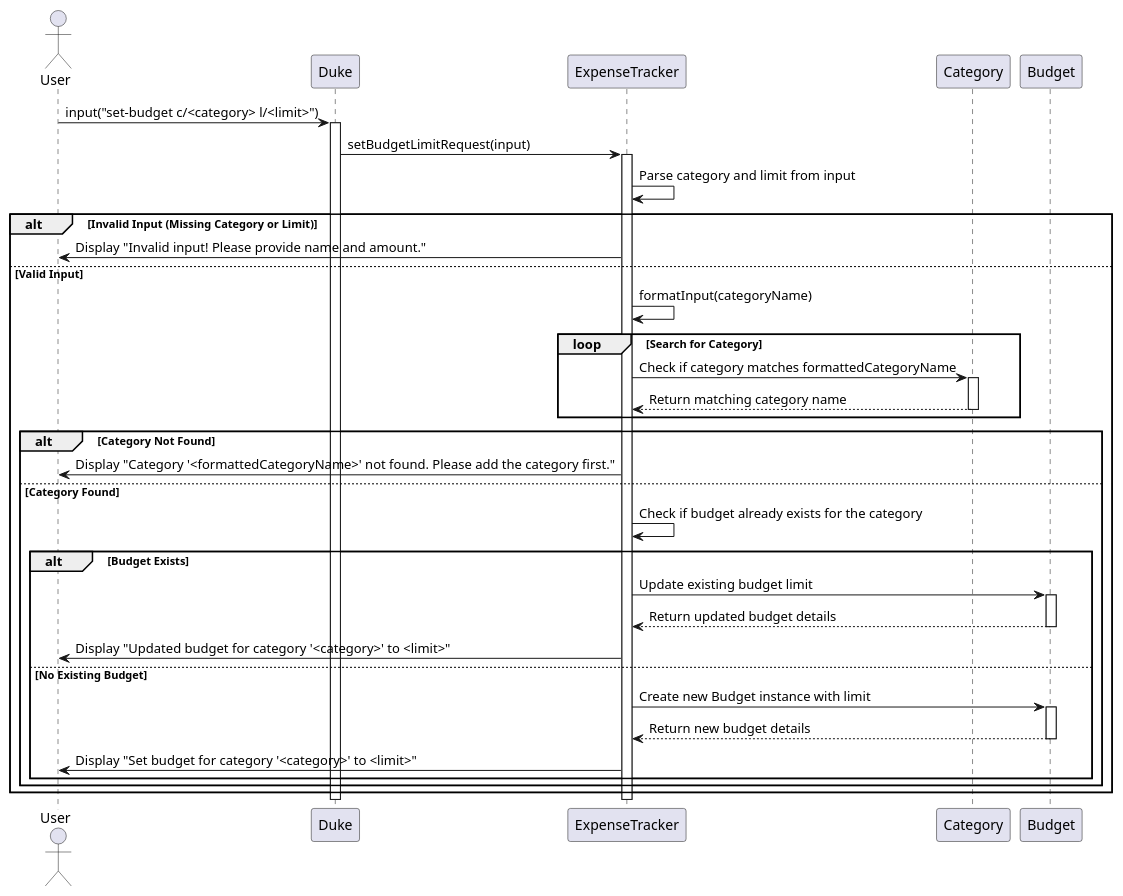
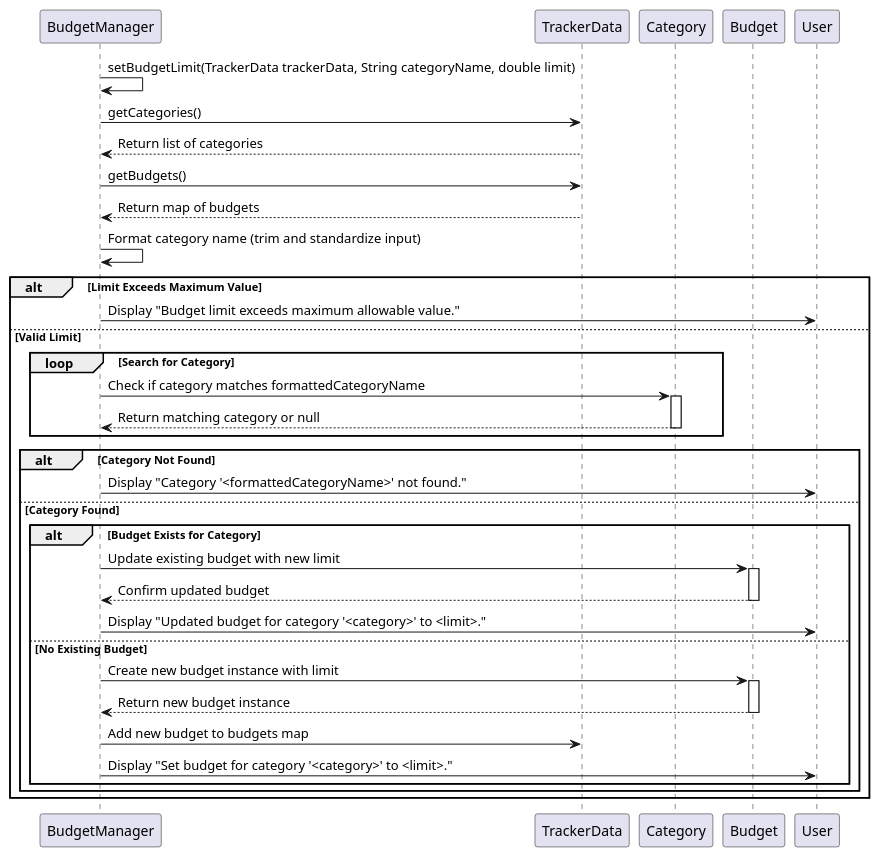
One commit to nus-cs2113-AY2425S1/tp changed the diagram in docs/diagrams/SetBudget.puml. Above: the diagram before and after it, drawn with PlantUML. The commit also changed 7 other files, not shown here.

Commit message:
updated uml diagrams for add expense, add category, view  budget, and set budget limit (not sure about request here, but will look into it)

```diff
--- a/docs/diagrams/SetBudget.puml
+++ b/docs/diagrams/SetBudget.puml
@@ -1,52 +1,48 @@
 @startuml
 
-actor User
-participant Duke
-participant ExpenseTracker
+participant BudgetManager
+participant TrackerData
 participant Category
 participant Budget
 
-User -> Duke : input("set-budget c/<category> l/<limit>")
-activate Duke
+BudgetManager -> BudgetManager : setBudgetLimit(TrackerData trackerData, String categoryName, double limit)
 
-Duke -> ExpenseTracker : setBudgetLimitRequest(input)
-activate ExpenseTracker
+BudgetManager -> TrackerData : getCategories()
+TrackerData --> BudgetManager : Return list of categories
 
-ExpenseTracker -> ExpenseTracker : Parse category and limit from input
+BudgetManager -> TrackerData : getBudgets()
+TrackerData --> BudgetManager : Return map of budgets
 
-alt Invalid Input (Missing Category or Limit)
-    ExpenseTracker -> User : Display "Invalid input! Please provide name and amount."
-else Valid Input
-    ExpenseTracker -> ExpenseTracker : formatInput(categoryName)
+BudgetManager -> BudgetManager : Format category name (trim and standardize input)
 
+alt Limit Exceeds Maximum Value
+    BudgetManager -> User : Display "Budget limit exceeds maximum allowable value."
+else Valid Limit
     loop Search for Category
-        ExpenseTracker -> Category : Check if category matches formattedCategoryName
+        BudgetManager -> Category : Check if category matches formattedCategoryName
         activate Category
-        Category --> ExpenseTracker : Return matching category name
+        Category --> BudgetManager : Return matching category or null
         deactivate Category
     end
 
     alt Category Not Found
-        ExpenseTracker -> User : Display "Category '<formattedCategoryName>' not found. Please add the category first."
+        BudgetManager -> User : Display "Category '<formattedCategoryName>' not found."
     else Category Found
-        ExpenseTracker -> ExpenseTracker : Check if budget already exists for the category
-
-        alt Budget Exists
-            ExpenseTracker -> Budget : Update existing budget limit
+        alt Budget Exists for Category
+            BudgetManager -> Budget : Update existing budget with new limit
             activate Budget
-            Budget --> ExpenseTracker : Return updated budget details
+            Budget --> BudgetManager : Confirm updated budget
             deactivate Budget
-            ExpenseTracker -> User : Display "Updated budget for category '<category>' to <limit>"
+            BudgetManager -> User : Display "Updated budget for category '<category>' to <limit>."
         else No Existing Budget
-            ExpenseTracker -> Budget : Create new Budget instance with limit
+            BudgetManager -> Budget : Create new budget instance with limit
             activate Budget
-            Budget --> ExpenseTracker : Return new budget details
+            Budget --> BudgetManager : Return new budget instance
             deactivate Budget
-            ExpenseTracker -> User : Display "Set budget for category '<category>' to <limit>"
+            BudgetManager -> TrackerData : Add new budget to budgets map
+            BudgetManager -> User : Display "Set budget for category '<category>' to <limit>."
         end
     end
 end
-deactivate ExpenseTracker
-deactivate Duke
 
 @enduml
```
